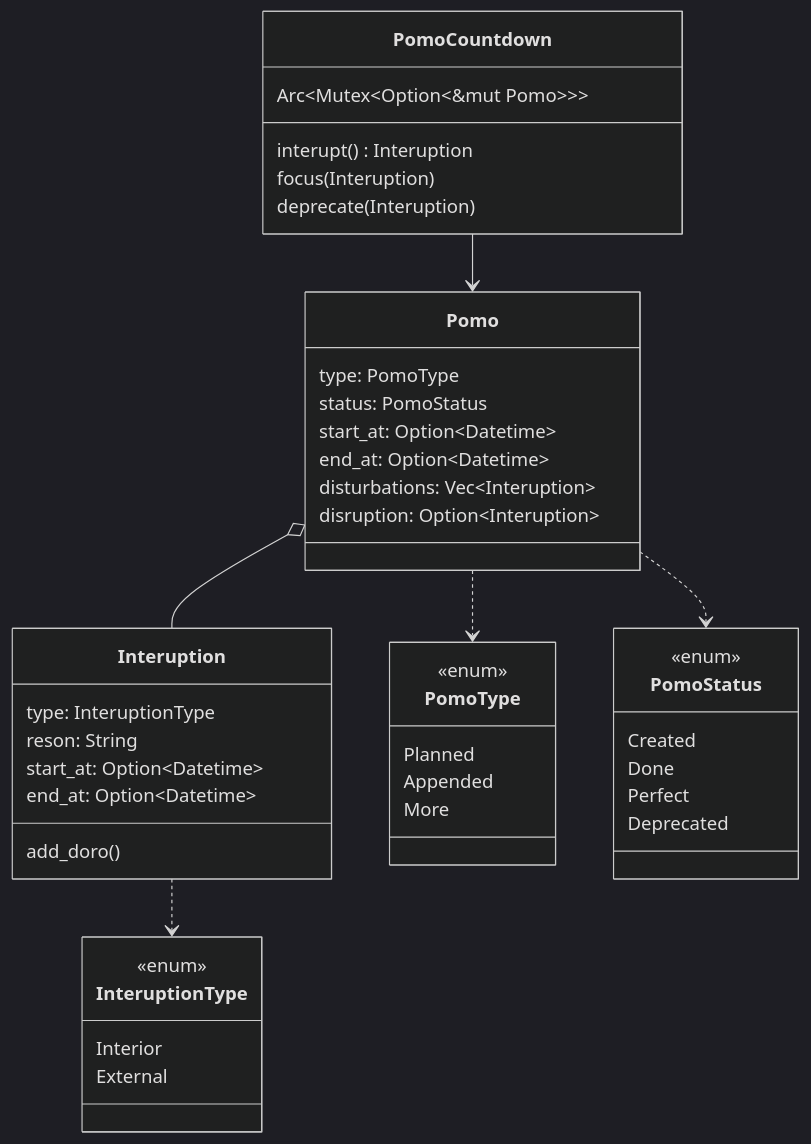
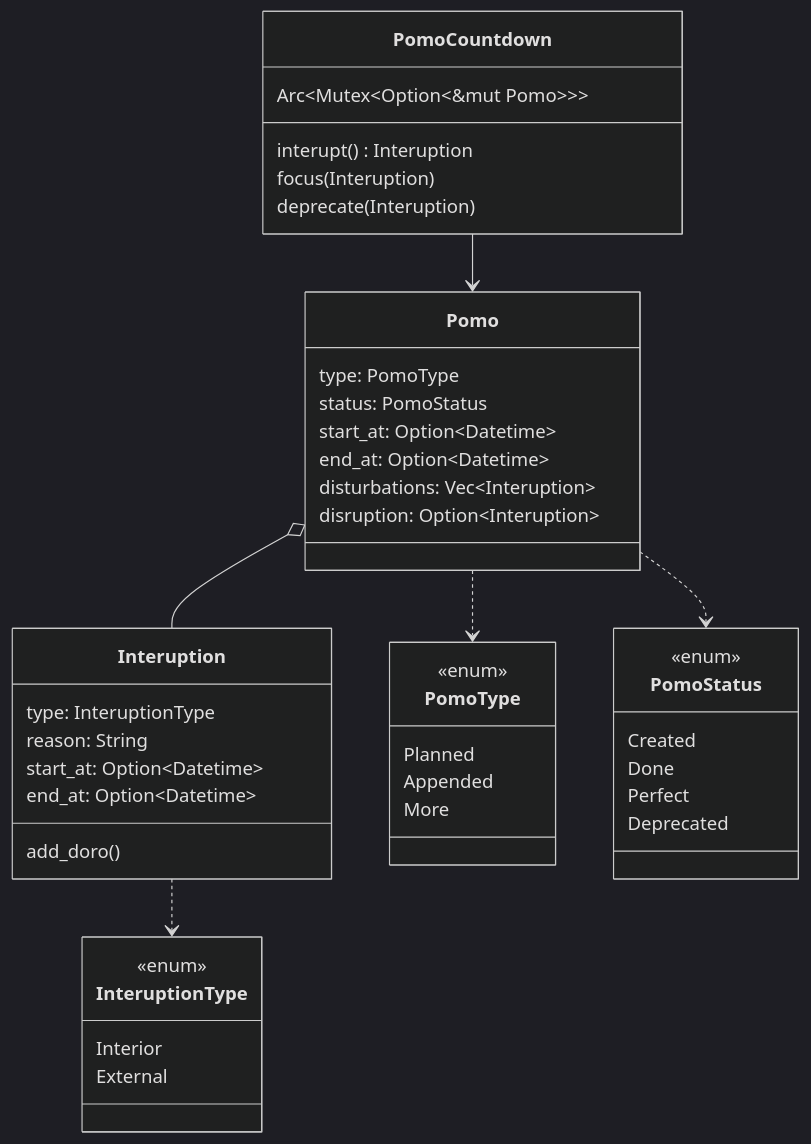
One commit to huangjj27/huangjj27.github.io changed the third of 4 diagrams in src/pomo_doro/estimate-interuption.md. Above: the diagram before and after it, drawn with Mermaid (dark theme). The commit also changed other lines of this file, not shown here.

Commit message:
typofix(pomo_doro): 修正图表中字段名拼写错误

````diff
--- a/src/pomo_doro/estimate-interuption.md
+++ b/src/pomo_doro/estimate-interuption.md
@@ -118,53 +118,53 @@
 ```mermaid
 classDiagram
     Pomo o-- Interuption
     Pomo ..> PomoType
     Pomo ..> PomoStatus
     Interuption ..> InteruptionType
     PomoCountdown --> Pomo
 
     class Pomo {
         type: PomoType
         status: PomoStatus
         start_at: Option~Datetime~
         end_at: Option~Datetime~
         disturbations: Vec~Interuption~
         disruption: Option~Interuption~
     }
 
     class PomoCountdown {
         Arc~Mutex~Option~&mut Pomo~~~
         interupt() Interuption
         focus(Interuption)
         deprecate(Interuption)
     }
 
     class Interuption {
         type: InteruptionType
-        reson: String
+        reason: String
         start_at: Option~Datetime~
         end_at: Option~Datetime~
         add_doro()
     }
 
     class PomoType {
         <<enum>>
         Planned
         Appended
         More
     }
 
     class PomoStatus {
         <<enum>>
         Created
         Done
         Perfect
         Deprecated
     }
 
     class InteruptionType {
         <<enum>>
         Interior
         External
     }
 ```
````
